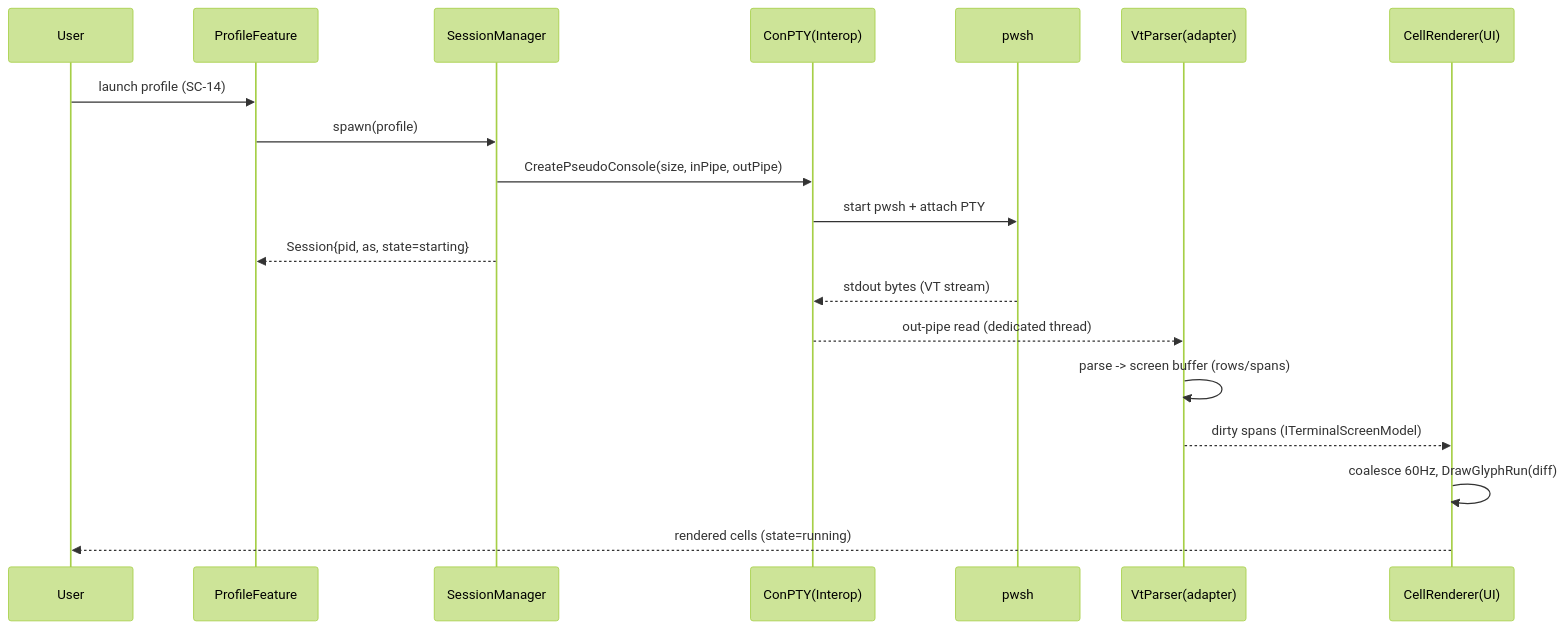
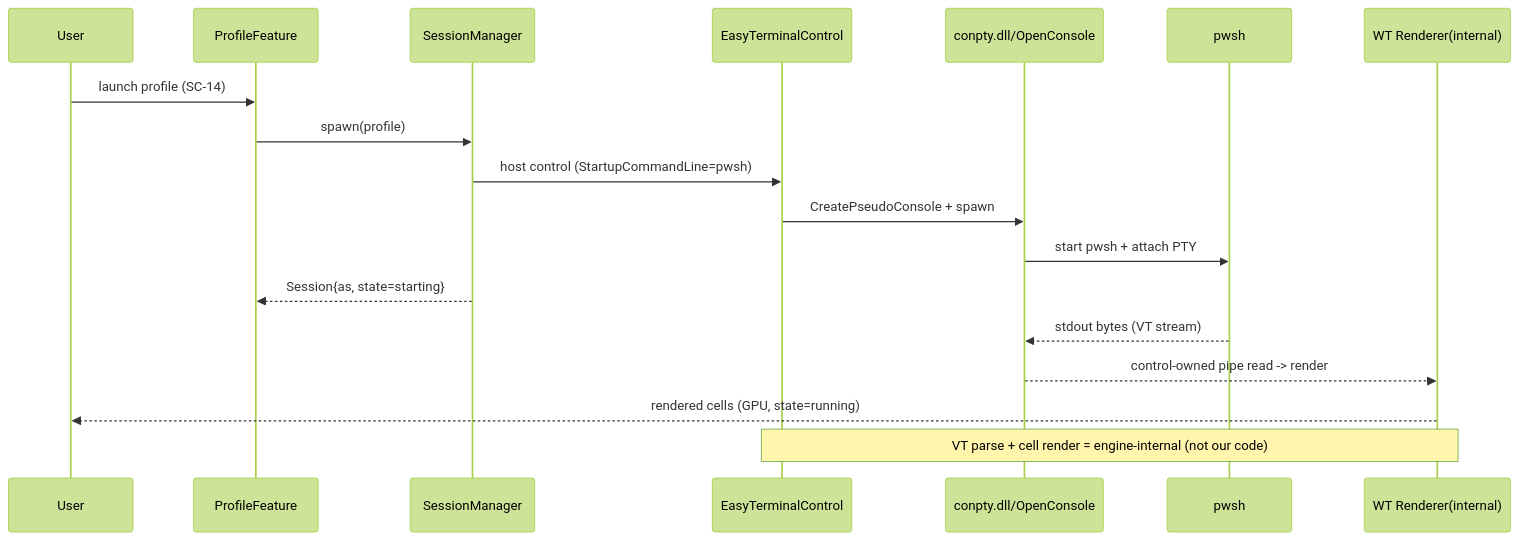
One commit to MAHT1990/control_tower_win changed the first of 3 diagrams in docs/plans/v1/10_tech.md. Above: the diagram before and after it, drawn with Mermaid (forest theme). The commit also changed other lines of this file and 9 other files, not shown here.

Commit message:
docs: align v1 plan to verified EasyWindowsTerminalControl stack

````diff
--- a/docs/plans/v1/10_tech.md
+++ b/docs/plans/v1/10_tech.md
@@ -257,21 +236,20 @@
 ```mermaid
 sequenceDiagram
     participant U as User
     participant PF as ProfileFeature
     participant SM as SessionManager
-    participant CP as ConPTY(Interop)
+    participant TC as EasyTerminalControl
+    participant CP as conpty.dll/OpenConsole
     participant PW as pwsh
-    participant VP as VtParser(adapter)
-    participant RN as CellRenderer(UI)
+    participant RN as WT Renderer(internal)
     U->>PF: launch profile (SC-14)
     PF->>SM: spawn(profile)
-    SM->>CP: CreatePseudoConsole(size, inPipe, outPipe)
+    SM->>TC: host control (StartupCommandLine=pwsh)
+    TC->>CP: CreatePseudoConsole + spawn
     CP->>PW: start pwsh + attach PTY
-    SM-->>PF: Session{pid, as, state=starting}
+    SM-->>PF: Session{as, state=starting}
     PW-->>CP: stdout bytes (VT stream)
-    CP-->>VP: out-pipe read (dedicated thread)
-    VP->>VP: parse -> screen buffer (rows/spans)
-    VP-->>RN: dirty spans (ITerminalScreenModel)
-    RN->>RN: coalesce 60Hz, DrawGlyphRun(diff)
-    RN-->>U: rendered cells (state=running)
+    CP-->>RN: control-owned pipe read -> render
+    RN-->>U: rendered cells (GPU, state=running)
+    Note over TC,RN: VT parse + cell render = engine-internal (not our code)
 ```
````
